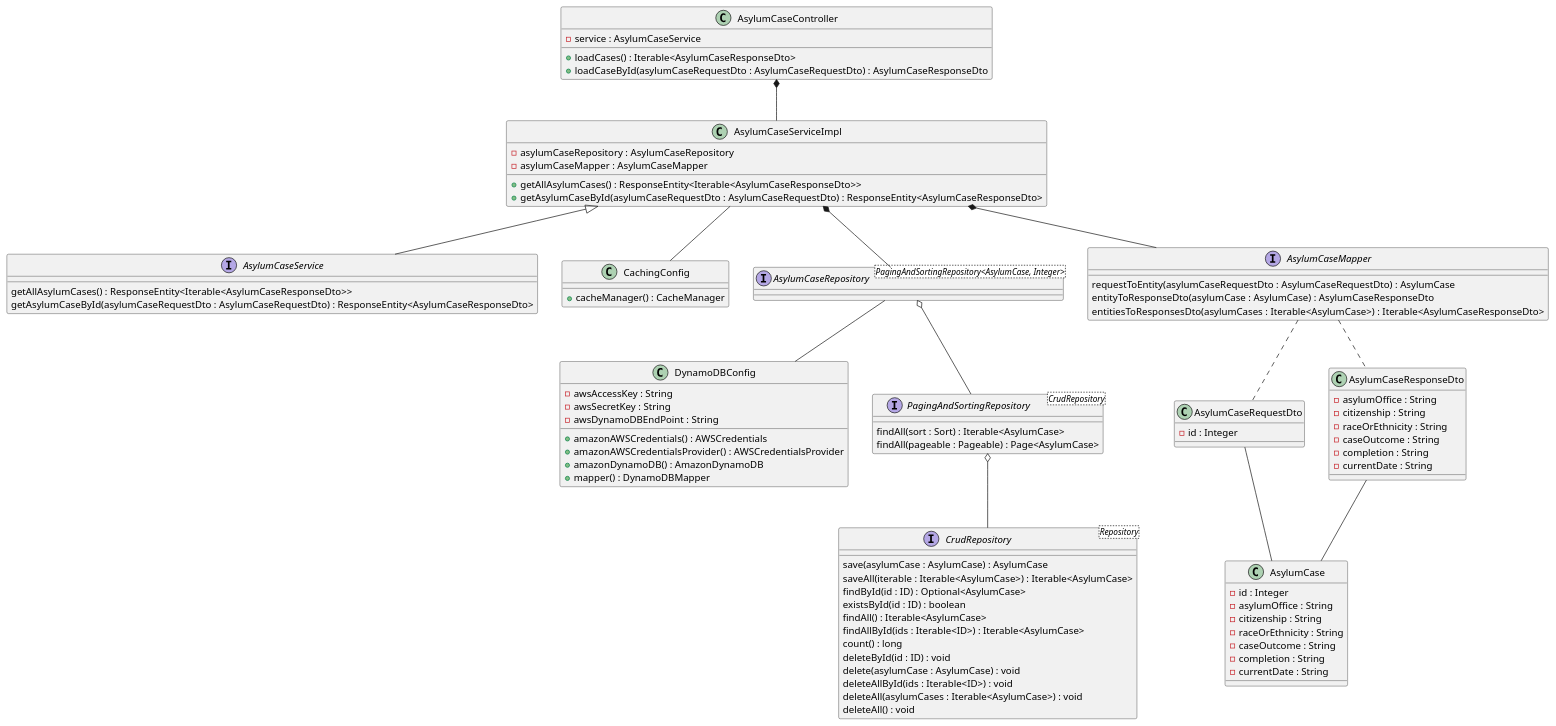
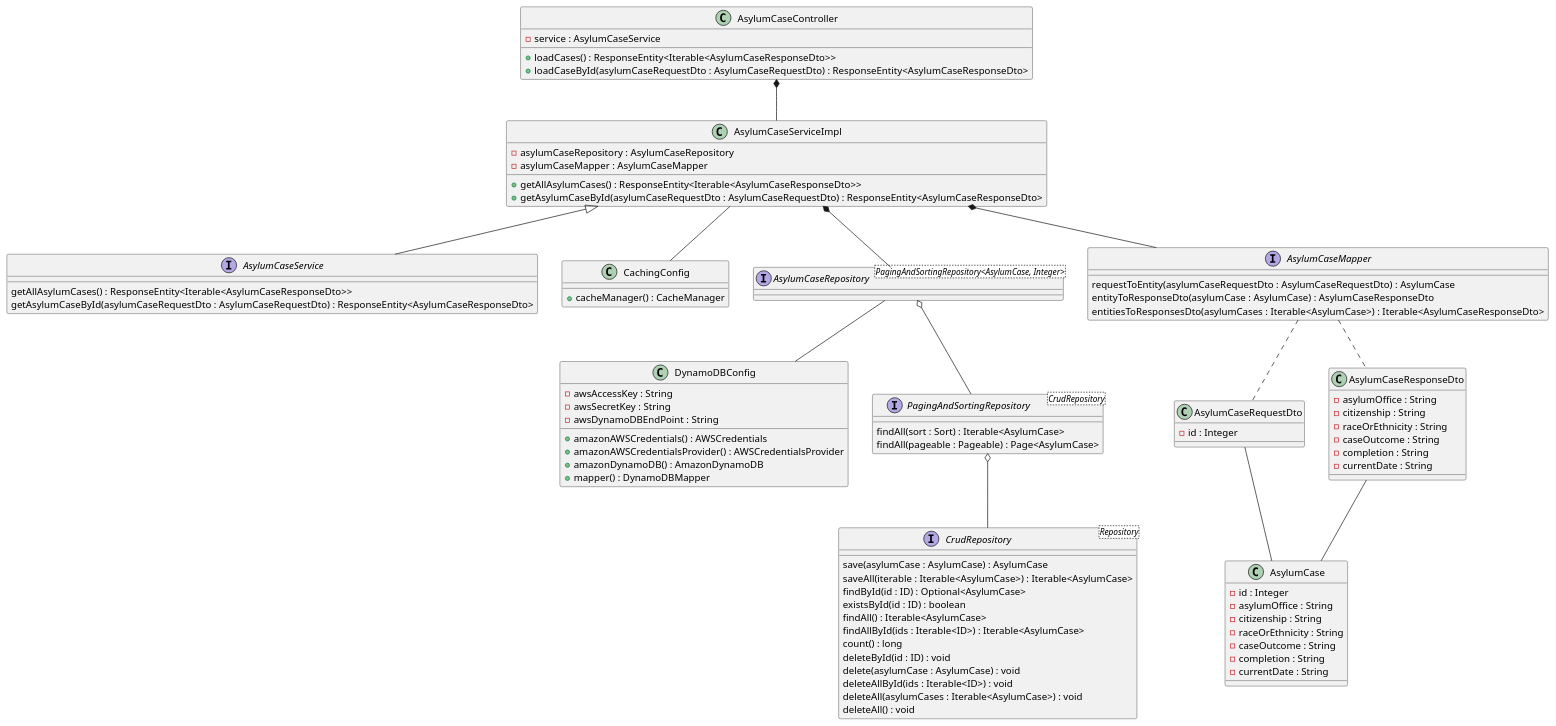
The diagram in RELEASE_1_CD.puml (BloomTech-Labs/asylum-rg-be-a), drawn with PlantUML before and after one commit.

Commit message:
Completed for now. May update or add more later.

```diff
--- a/RELEASE_1_CD.puml
+++ b/RELEASE_1_CD.puml
@@ -1,120 +1,120 @@
 @startuml
 
 'End point mappings
 class AsylumCaseController {
     - service : AsylumCaseService
-    + loadCases() : Iterable<AsylumCaseResponseDto>
-    + loadCaseById(asylumCaseRequestDto : AsylumCaseRequestDto) : AsylumCaseResponseDto
+    + loadCases() : ResponseEntity<Iterable<AsylumCaseResponseDto>>
+    + loadCaseById(asylumCaseRequestDto : AsylumCaseRequestDto) : ResponseEntity<AsylumCaseResponseDto>
 }
 
 
 'Add cache config Annotations in service
 interface AsylumCaseService {
     getAllAsylumCases() : ResponseEntity<Iterable<AsylumCaseResponseDto>>
     getAsylumCaseById(asylumCaseRequestDto : AsylumCaseRequestDto) : ResponseEntity<AsylumCaseResponseDto>
 }
 
 class AsylumCaseServiceImpl {
     - asylumCaseRepository : AsylumCaseRepository
     - asylumCaseMapper : AsylumCaseMapper
     + getAllAsylumCases() : ResponseEntity<Iterable<AsylumCaseResponseDto>>
     + getAsylumCaseById(asylumCaseRequestDto : AsylumCaseRequestDto) : ResponseEntity<AsylumCaseResponseDto>
 }
 
 'Config for DynamoDB
 class DynamoDBConfig {
     - awsAccessKey : String
     - awsSecretKey : String
     - awsDynamoDBEndPoint : String
     + amazonAWSCredentials() : AWSCredentials
     + amazonAWSCredentialsProvider() : AWSCredentialsProvider
     + amazonDynamoDB() : AmazonDynamoDB
     + mapper() : DynamoDBMapper
 }
 
 'Config to enable caching
 class CachingConfig {
     + cacheManager() : CacheManager
 }
 
 'repo for DynamoDB calls
 interface AsylumCaseRepository <PagingAndSortingRepository<AsylumCase, Integer>>
 
 'Entity for data model
 class AsylumCase {
     - id : Integer
     - asylumOffice : String
     - citizenship : String
     - raceOrEthnicity : String
     - caseOutcome : String
     - completion : String
     - currentDate : String
 }
 
 class AsylumCaseRequestDto {
     - id : Integer
 }
 
 class AsylumCaseResponseDto {
     - asylumOffice : String
     - citizenship : String
     - raceOrEthnicity : String
     - caseOutcome : String
     - completion : String
     - currentDate : String
 }
 
 ' Part of the  MapStruct dependency
 interface AsylumCaseMapper {
     requestToEntity(asylumCaseRequestDto : AsylumCaseRequestDto) : AsylumCase
     entityToResponseDto(asylumCase : AsylumCase) : AsylumCaseResponseDto
     entitiesToResponsesDto(asylumCases : Iterable<AsylumCase>) : Iterable<AsylumCaseResponseDto>
 }
 
 'Not owned classes & interfaces
 interface PagingAndSortingRepository <CrudRepository> {
     findAll(sort : Sort) : Iterable<AsylumCase>
     findAll(pageable : Pageable) : Page<AsylumCase>
 }
 
 interface CrudRepository <Repository> {
     save(asylumCase : AsylumCase) : AsylumCase
     saveAll(iterable : Iterable<AsylumCase>) : Iterable<AsylumCase>
     findById(id : ID) : Optional<AsylumCase>
     existsById(id : ID) : boolean
     findAll() : Iterable<AsylumCase>
     findAllById(ids : Iterable<ID>) : Iterable<AsylumCase>
     count() : long
     deleteById(id : ID) : void
     delete(asylumCase : AsylumCase) : void
     deleteAllById(ids : Iterable<ID>) : void
     deleteAll(asylumCases : Iterable<AsylumCase>) : void
     deleteAll() : void
 }
 
 AsylumCaseController *-- AsylumCaseServiceImpl
 
 AsylumCaseServiceImpl <|-- AsylumCaseService
 AsylumCaseServiceImpl *-- AsylumCaseRepository
 AsylumCaseServiceImpl *-- AsylumCaseMapper
 AsylumCaseServiceImpl -- CachingConfig
 
 
 AsylumCaseMapper .. AsylumCaseRequestDto
 AsylumCaseMapper .. AsylumCaseResponseDto
 
 AsylumCaseRequestDto -- AsylumCase
 
 AsylumCaseResponseDto -- AsylumCase
 
 AsylumCaseRepository  o-- PagingAndSortingRepository
 AsylumCaseRepository -- DynamoDBConfig
 
 PagingAndSortingRepository  o-- CrudRepository
 
 'Extension/
 'Association <|-- (owner <|-- pet) Implements
 'Composition *-- (pet *-- leg) Instantiation (part of)
 'Aggregation (car o-- wheel) Extends (has a)
 
 @enduml
```
